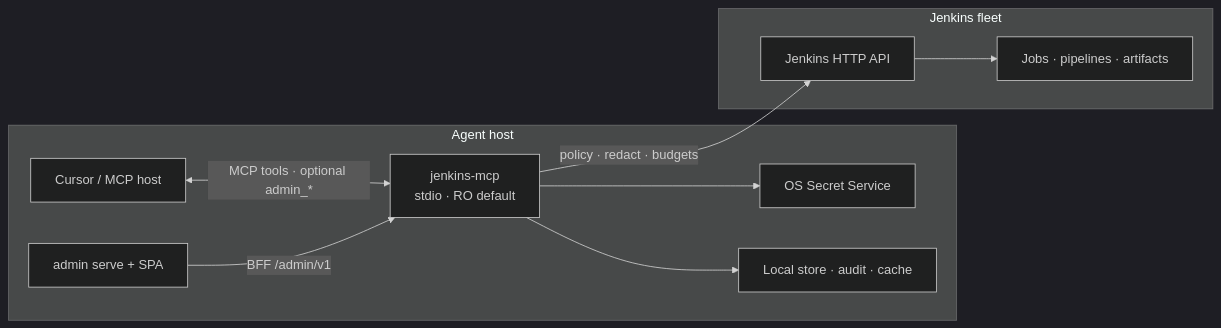
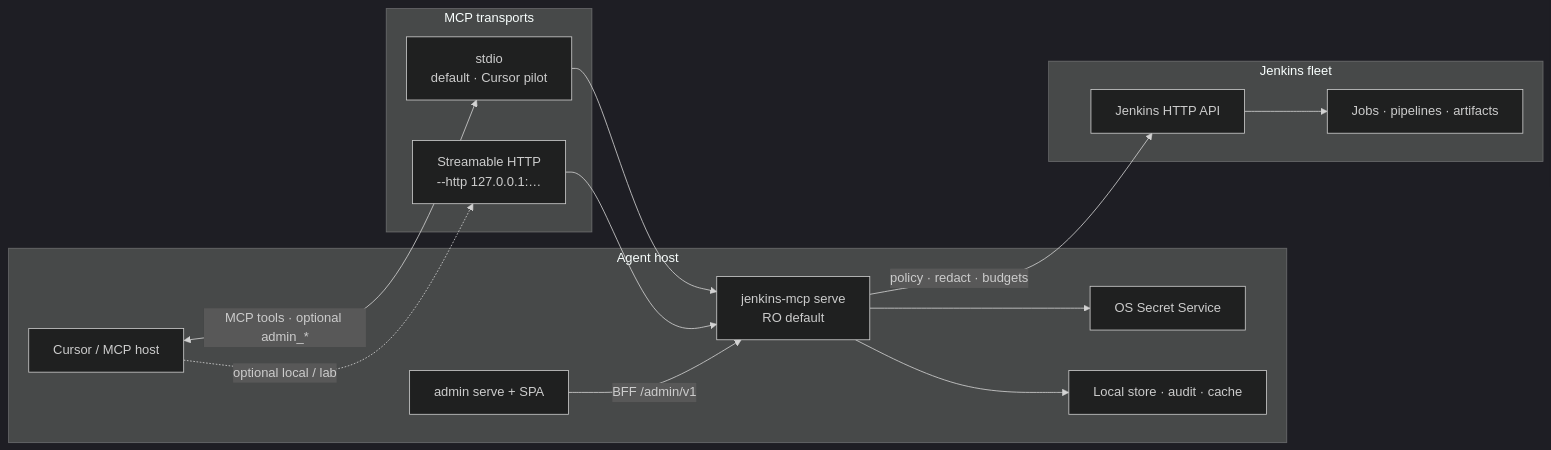
One commit to hilather/go-jenkins-mcp changed the diagram in README.md. Above: the diagram before and after it, drawn with Mermaid (dark theme). The commit also changed other lines of this file, not shown here.

First line of the commit message:
docs(readme): show local MCP Streamable HTTP alongside stdio

````diff
--- a/README.md
+++ b/README.md
@@ -178,22 +178,30 @@
 ```mermaid
 flowchart LR
   subgraph Host["Agent host"]
     Cursor["Cursor / MCP host"]
-    MCP["jenkins-mcp<br/>stdio · RO default"]
+    MCP["jenkins-mcp serve<br/>RO default"]
     Keyring["OS Secret Service"]
     Store["Local store · audit · cache"]
     Admin["admin serve + SPA"]
+  end
+
+  subgraph Transports["MCP transports"]
+    Stdio["stdio<br/>default · Cursor pilot"]
+    HTTP["Streamable HTTP<br/>--http 127.0.0.1:…"]
   end
 
   subgraph Jenkins["Jenkins fleet"]
     API["Jenkins HTTP API"]
     Jobs["Jobs · pipelines · artifacts"]
   end
 
-  Cursor <-->|MCP tools · optional admin_*| MCP
+  Cursor <-->|MCP tools · optional admin_*| Stdio
+  Cursor -.->|optional local / lab| HTTP
+  Stdio --> MCP
+  HTTP --> MCP
   Admin -->|BFF /admin/v1| MCP
   MCP --> Keyring
   MCP --> Store
   MCP -->|policy · redact · budgets| API
   API --> Jobs
 ```
````
